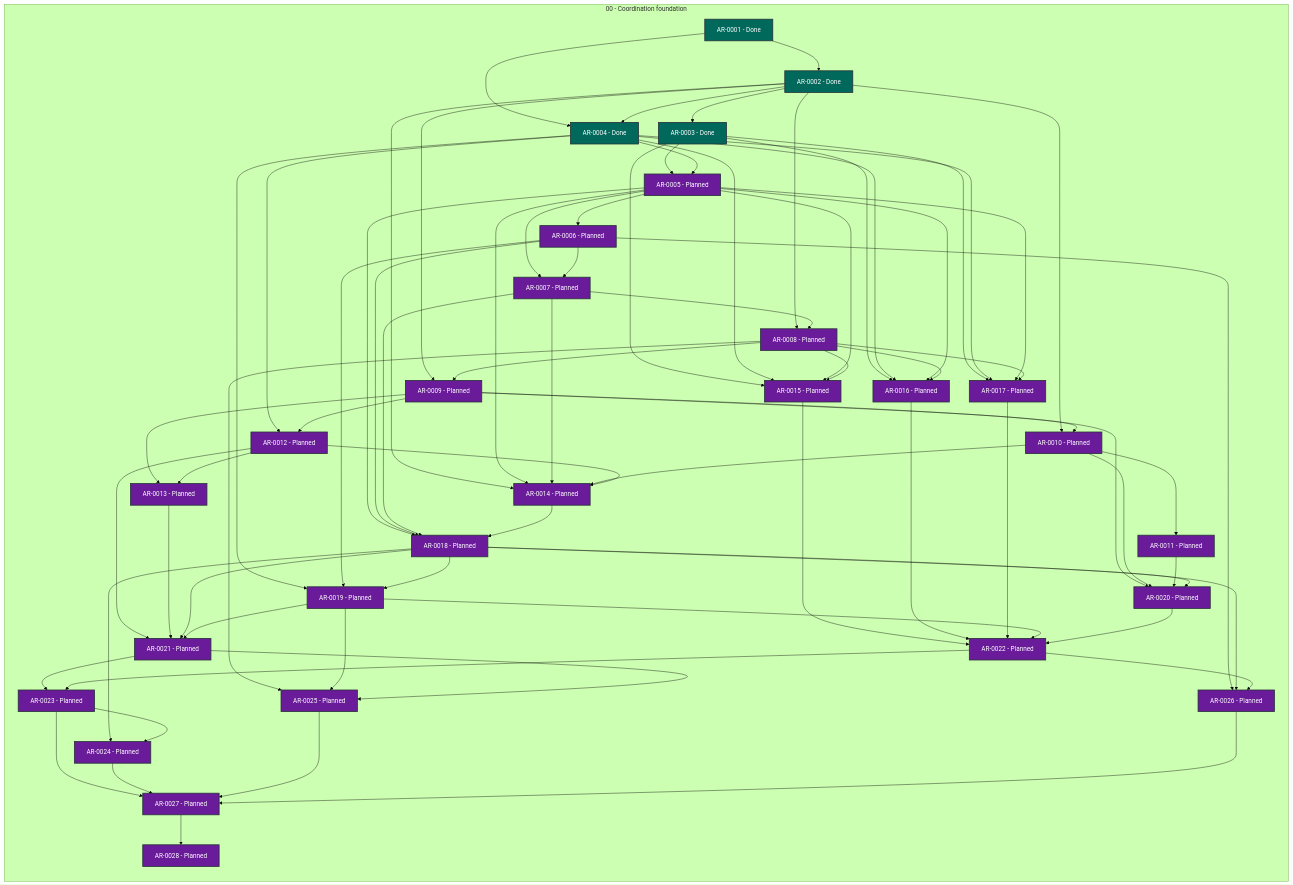
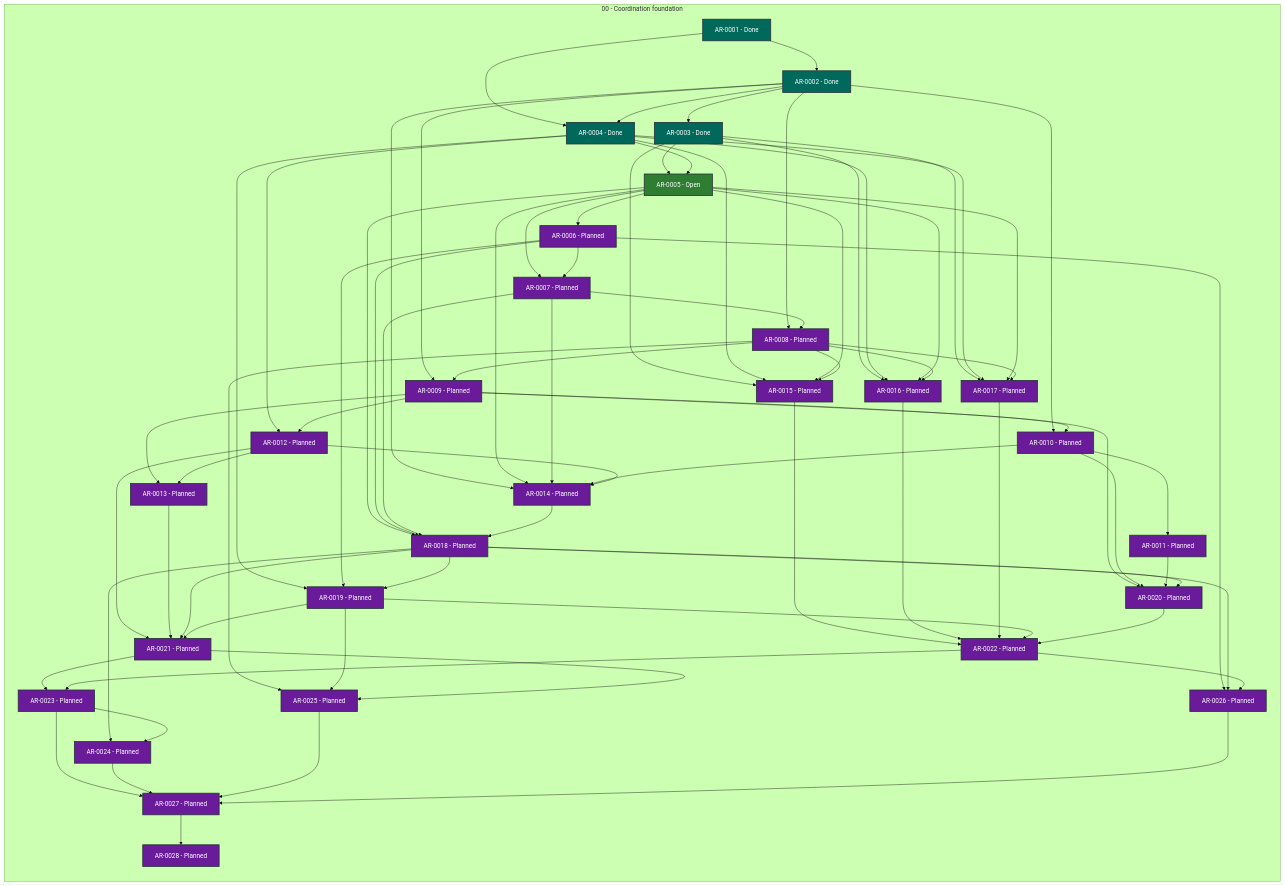
Before and after one commit to martin-beck/agent-workflow-runtime-state: the diagram in STATUS.md, drawn with Mermaid (forest theme). The commit also changed other lines of this file and 2 other files, not shown here.

```diff
--- a/STATUS.md
+++ b/STATUS.md
@@ -32,7 +32,7 @@
         AR_0002["AR-0002 - Done"]:::status_done
         AR_0003["AR-0003 - Done"]:::status_done
         AR_0004["AR-0004 - Done"]:::status_done
-        AR_0005["AR-0005 - Planned"]:::status_planned
+        AR_0005["AR-0005 - Open"]:::status_open
         AR_0006["AR-0006 - Planned"]:::status_planned
         AR_0007["AR-0007 - Planned"]:::status_planned
         AR_0008["AR-0008 - Planned"]:::status_planned
```
